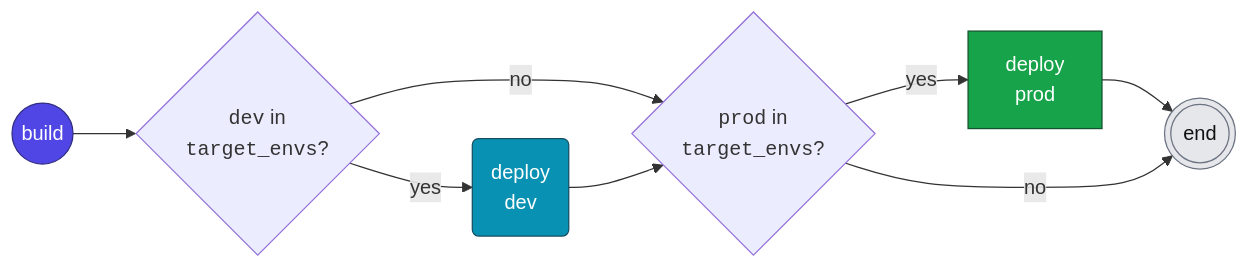
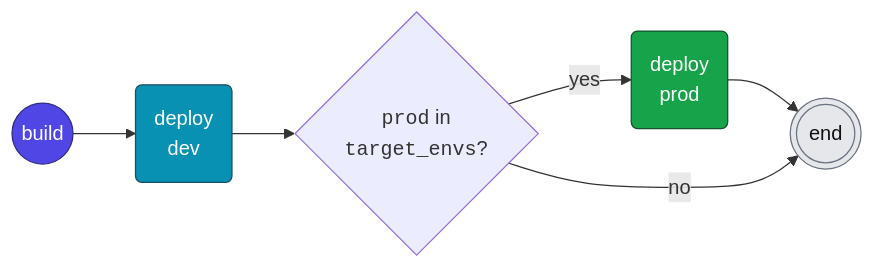
One commit to stephen-w-pracy/cd-tidbit-pipeline-control-rollback changed the diagram in README.md. Above: the diagram before and after it, drawn with Mermaid. The commit also changed other lines of this file, not shown here.

Commit message:
now that's a diagram

````diff
--- a/README.md
+++ b/README.md
@@ -308,14 +308,12 @@
 ```mermaid
 flowchart LR
-    A((build)) --> B{"<code>dev</code> in<br/><code>target_envs</code>?"}
-    B -->|yes| C("deploy<br/>dev")
-    B -->|no| D
+    A((build)) --> C("deploy<br/>dev")
     C --> D{"<code>prod</code> in<br/><code>target_envs</code>?"}
-    D -->|yes| E["deploy<br/>prod"] --> F
+    D -->|yes| E("deploy<br/>prod") --> F
     D -->|no| F((("end")))
 
     style A fill:#4f46e5,stroke:#312e81,color:#fff
     style C fill:#0891b2,stroke:#164e63,color:#fff
     style E fill:#16a34a,stroke:#14532d,color:#fff
     style F fill:#e5e7eb,stroke:#6b7280,color:#111
 ```
````
